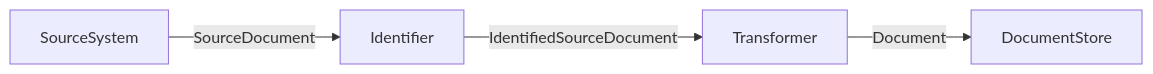
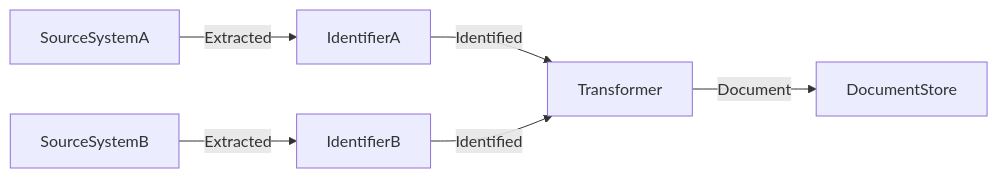
One commit to climatepolicyradar/navigator-backend changed the diagram in data-in-pipeline/README.md. Above: the diagram before and after it, drawn with Mermaid.

Commit message:
fix(data-in-pipeline): update architecture diagram

````diff
--- a/data-in-pipeline/README.md
+++ b/data-in-pipeline/README.md
@@ -5,6 +5,7 @@
 ```mermaid
 
 flowchart LR
-    SourceSystem -- SourceDocument --> Identifier -- IdentifiedSourceDocument --> Transformer -- Document --> DocumentStore
+    SourceSystemA -- Extracted --> IdentifierA -- Identified --> Transformer -- Document --> DocumentStore
+    SourceSystemB -- Extracted --> IdentifierB -- Identified --> Transformer
 
 ```
````
